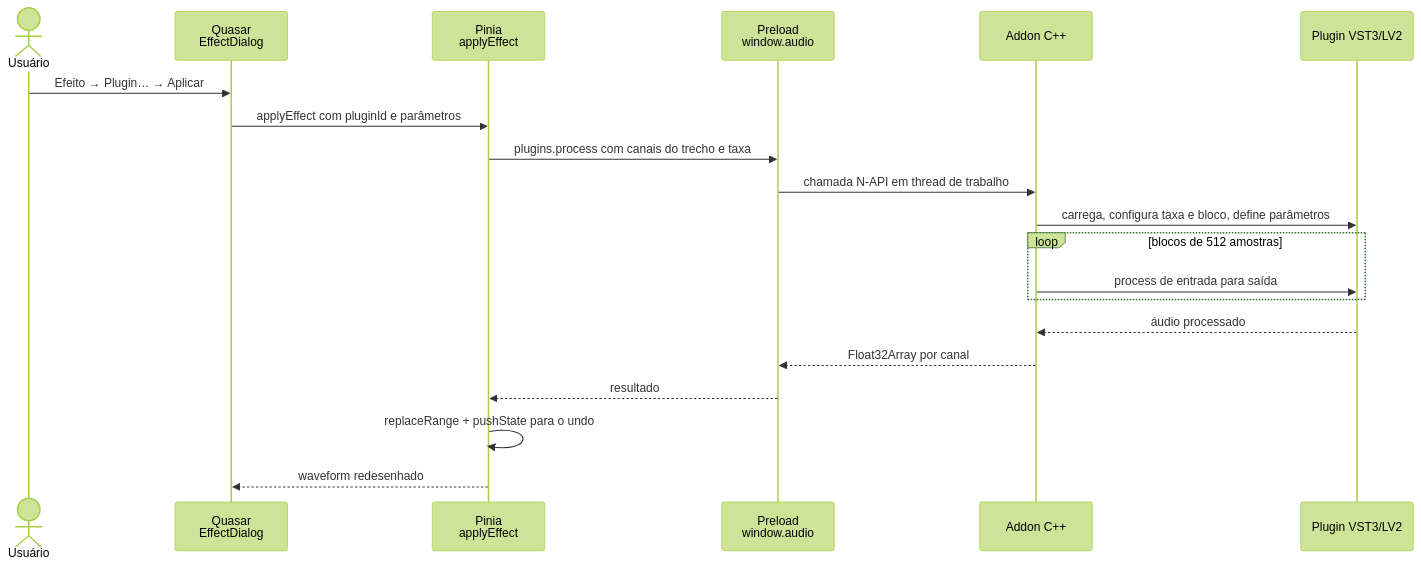
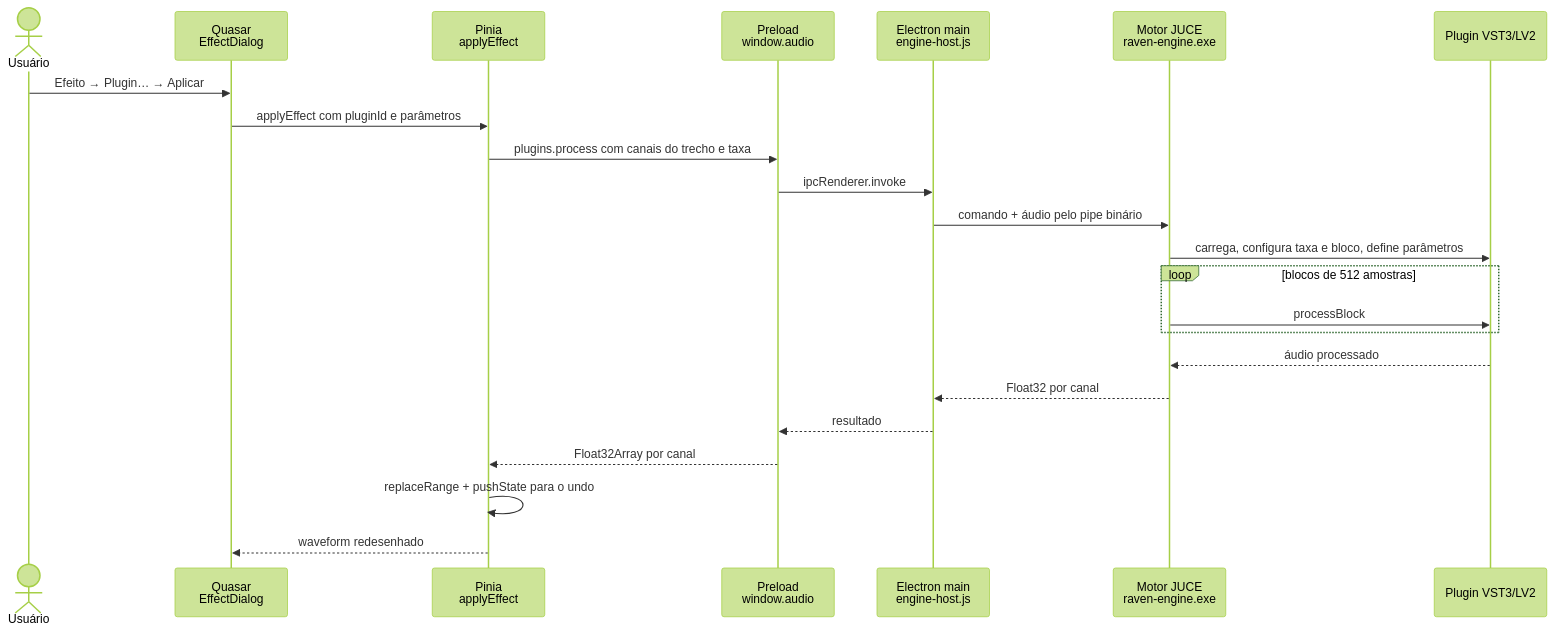
The sixth of 10 diagrams in docs/INTEGRACAO-PLUGINS-NATIVOS.md (GuiPassoskt/RavenAudioEditor), drawn with Mermaid (forest theme) before and after one commit. The commit also changed other lines of this file and 34 other files, not shown here.

First line of the commit message:
Adiciona modo desktop (Electron) e plugins VST3/LV2 com motor JUCE

````diff
--- a/docs/INTEGRACAO-PLUGINS-NATIVOS.md
+++ b/docs/INTEGRACAO-PLUGINS-NATIVOS.md
@@ -252,23 +265,26 @@
 ```mermaid
 sequenceDiagram
   actor U as Usuário
   participant V as Quasar<br/>EffectDialog
   participant S as Pinia<br/>applyEffect
   participant P as Preload<br/>window.audio
-  participant A as Addon C++
+  participant M as Electron main<br/>engine-host.js
+  participant A as Motor JUCE<br/>raven-engine.exe
   participant G as Plugin VST3/LV2
 
   U->>V: Efeito → Plugin… → Aplicar
   V->>S: applyEffect com pluginId e parâmetros
   S->>P: plugins.process com canais do trecho e taxa
-  P->>A: chamada N-API em thread de trabalho
+  P->>M: ipcRenderer.invoke
+  M->>A: comando + áudio pelo pipe binário
   A->>G: carrega, configura taxa e bloco, define parâmetros
   loop blocos de 512 amostras
-    A->>G: process de entrada para saída
+    A->>G: processBlock
   end
   G-->>A: áudio processado
-  A-->>P: Float32Array por canal
-  P-->>S: resultado
+  A-->>M: Float32 por canal
+  M-->>P: resultado
+  P-->>S: Float32Array por canal
   S->>S: replaceRange + pushState para o undo
   S-->>V: waveform redesenhado
 ```
````
